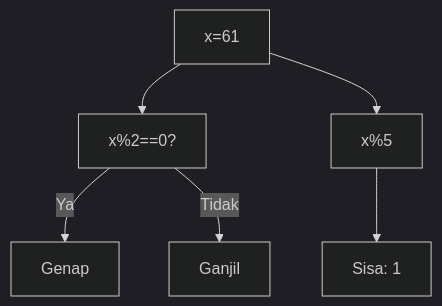
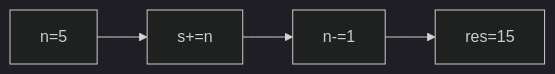
One commit to amnahwaida/OSNK_INF_PREP changed the seventh of 25 diagrams in part-c-pemahaman-cpp/03-perulangan/latihan/set-07.md. Above: the diagram before and after it, drawn with Mermaid (dark theme). The commit also changed other lines of this file and 71 other files, not shown here.

````diff
--- a/part-c-pemahaman-cpp/03-perulangan/latihan/set-07.md
+++ b/part-c-pemahaman-cpp/03-perulangan/latihan/set-07.md
@@ -216,8 +183,6 @@
 ```mermaid
-graph TD
-A["x=61"] --> B["x%2==0?"]
-B -- Ya --> C["Genap"]
-B -- Tidak --> D["Ganjil"]
-A --> E["x%5"]
-E --> F["Sisa: 1"]
+graph LR
+A["n=5"] --> B["s+=n"]
+B --> C["n-=1"]
+C --> D["res=15"]
 ```
````
